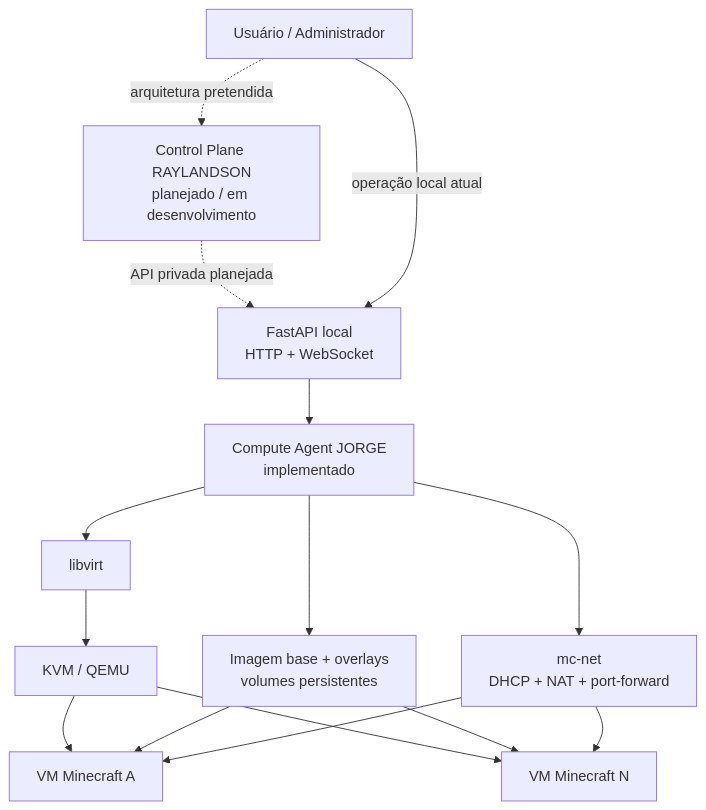
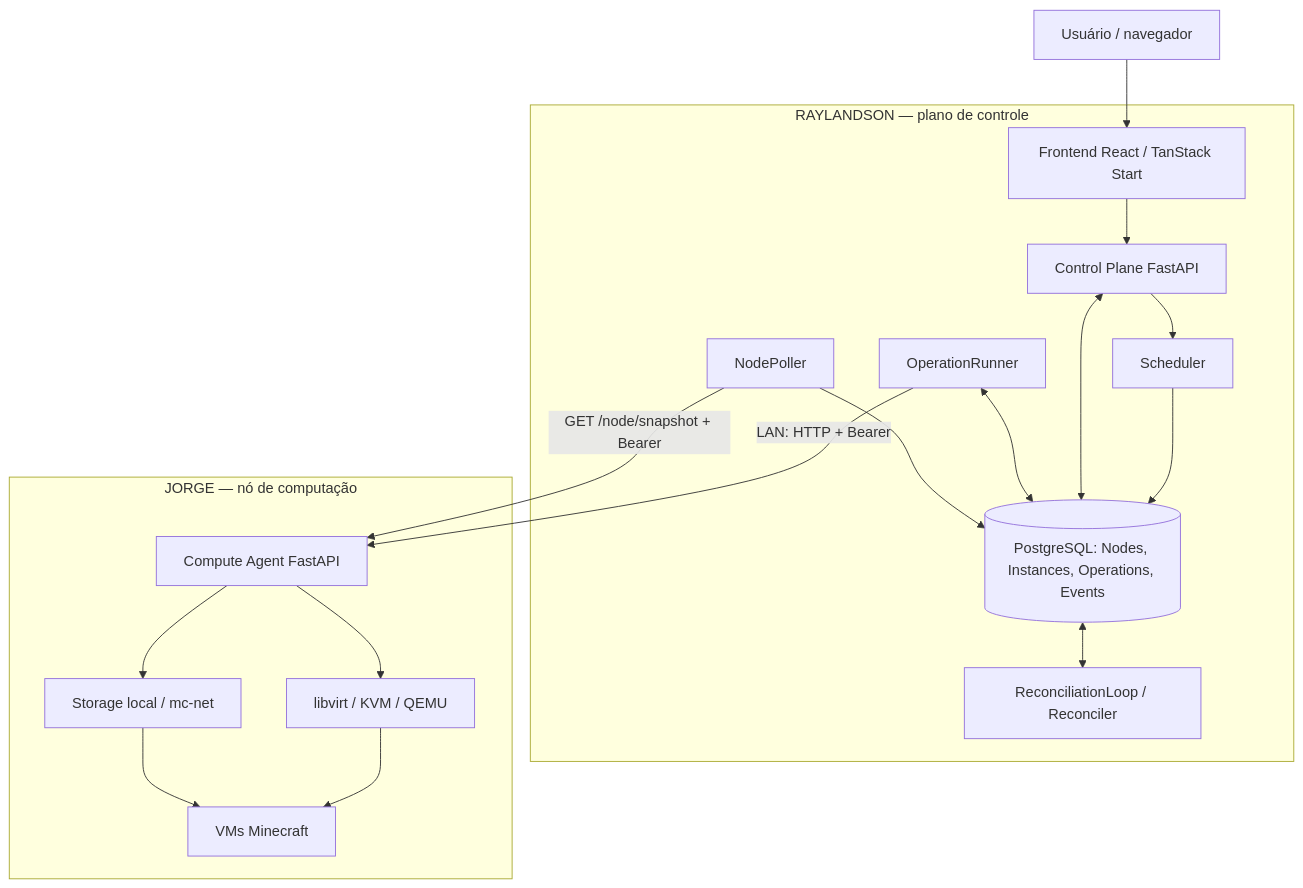
One commit to JorgRibeiro/mc-iaas changed the first of 2 diagrams in README.md. Above: the diagram before and after it, drawn with Mermaid. The commit also changed other lines of this file, not shown here.

````diff
--- a/README.md
+++ b/README.md
@@ -110,28 +21,30 @@
 ```mermaid
 flowchart TB
-    USER["Usuário / Administrador"]
-    CP["Control Plane RAYLANDSON<br/>planejado / em desenvolvimento"]
-    AGENT["Compute Agent JORGE<br/>implementado"]
-    API["FastAPI local<br/>HTTP + WebSocket"]
-    LIBVIRT["libvirt"]
-    KVM["KVM / QEMU"]
-    VM1["VM Minecraft A"]
-    VMN["VM Minecraft N"]
-    STORAGE["Imagem base + overlays<br/>volumes persistentes"]
-    NETWORK["mc-net<br/>DHCP + NAT + port-forward"]
-
-    USER -. "arquitetura pretendida" .-> CP
-    CP -. "API privada planejada" .-> API
-    USER -->|"operação local atual"| API
-    API --> AGENT
-    AGENT --> LIBVIRT
-    LIBVIRT --> KVM
-    KVM --> VM1
-    KVM --> VMN
-    AGENT --> STORAGE
-    AGENT --> NETWORK
-    STORAGE --> VM1
-    STORAGE --> VMN
-    NETWORK --> VM1
-    NETWORK --> VMN
+    U["Usuário / navegador"]
+    subgraph R["RAYLANDSON — plano de controle"]
+        F["Frontend React / TanStack Start"]
+        API["Control Plane FastAPI"]
+        S["Scheduler"]
+        DB[("PostgreSQL: Nodes, Instances, Operations, Events")]
+        O["OperationRunner"]
+        P["NodePoller"]
+        C["ReconciliationLoop / Reconciler"]
+        API --> S
+        S --> DB
+        API <--> DB
+        O <--> DB
+        P --> DB
+        DB <--> C
+    end
+    subgraph J["JORGE — nó de computação"]
+        A["Compute Agent FastAPI"]
+        L["libvirt / KVM / QEMU"]
+        V["VMs Minecraft"]
+        SN["Storage local / mc-net"]
+        A --> L --> V
+        A --> SN --> V
+    end
+    U --> F --> API
+    O -->|"LAN: HTTP + Bearer"| A
+    P -->|"GET /node/snapshot + Bearer"| A
 ```
````
